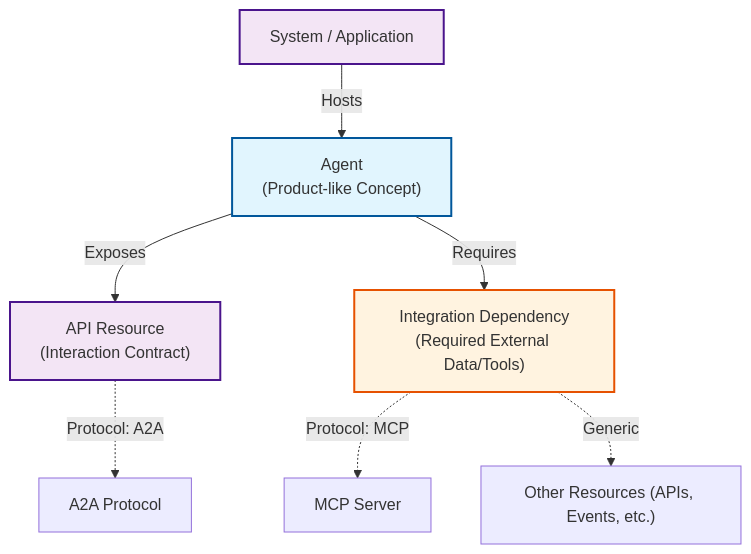
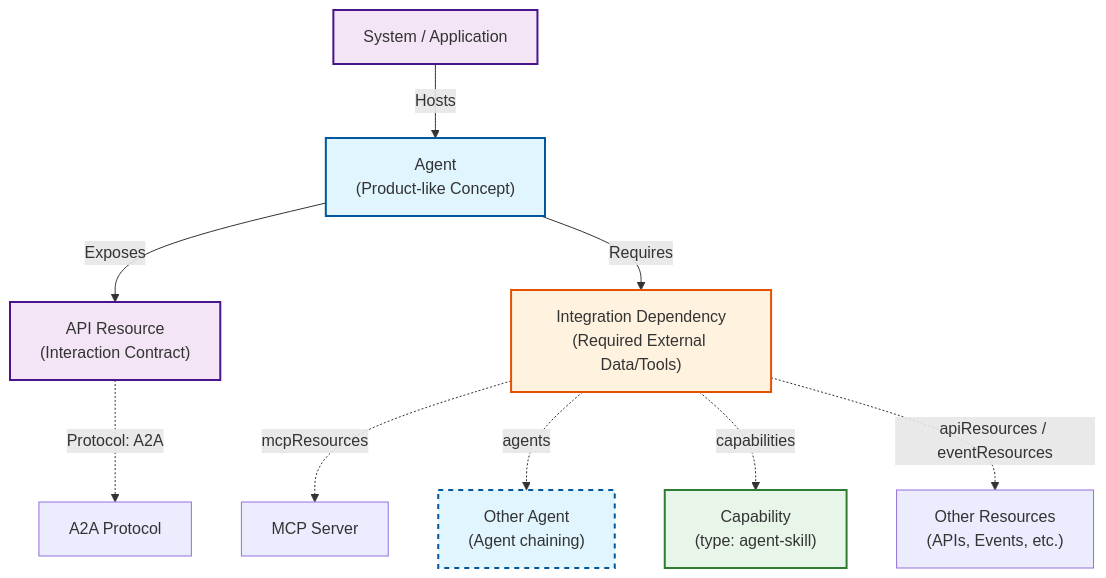
One commit to open-resource-discovery/specification changed the diagram in docs/spec-v1/concepts/ai-agents-and-protocols.md. Above: the diagram before and after it, drawn with Mermaid. The commit also changed other lines of this file and 1 other file, not shown here.

Commit message:
Clearer explanations how agents and skills relate

````diff
--- a/docs/spec-v1/concepts/ai-agents-and-protocols.md
+++ b/docs/spec-v1/concepts/ai-agents-and-protocols.md
@@ -106,19 +106,23 @@
 ```mermaid
 graph TD
     classDef concept fill:#e1f5fe,stroke:#01579b,stroke-width:2px,color:#333;
     classDef tech fill:#f3e5f5,stroke:#4a148c,stroke-width:2px,color:#333;
     classDef dep fill:#fff3e0,stroke:#e65100,stroke-width:2px,color:#333;
+    classDef skill fill:#e8f5e9,stroke:#2e7d32,stroke-width:2px;
+    classDef agent2 fill:#e1f5fe,stroke:#01579b,stroke-width:2px,stroke-dasharray:5 5;
 
     Agent["Agent<br/>(Product-like Concept)"]:::concept
     System["System / Application"]:::tech
     API["API Resource<br/>(Interaction Contract)"]:::tech
     Dep["Integration Dependency<br/>(Required External Data/Tools)"]:::dep
 
     System -- Hosts --> Agent
     Agent -- Exposes --> API
     Agent -- Requires --> Dep
 
     API -.->|Protocol: A2A| A2A[A2A Protocol]
-    Dep -.->|Protocol: MCP| MCP[MCP Server]
-    Dep -.->|Generic| Other["Other Resources (APIs, Events, etc.)"]
+    Dep -.->|mcpResources| MCP["MCP Server"]
+    Dep -.->|agents| OtherAgent["Other Agent<br/>(Agent chaining)"]:::agent2
+    Dep -.->|capabilities| Skill["Capability<br/>(type: agent-skill)"]:::skill
+    Dep -.->|apiResources / eventResources| Other["Other Resources<br/>(APIs, Events, etc.)"]
 ```
````
